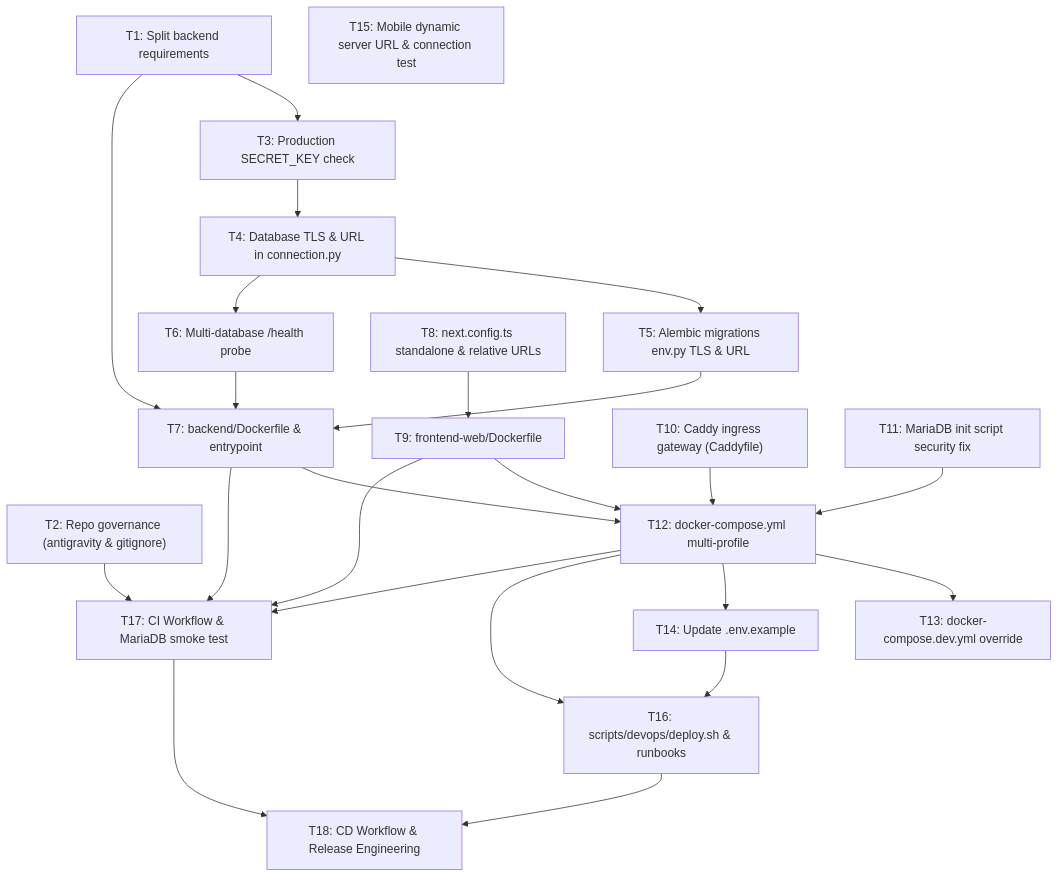
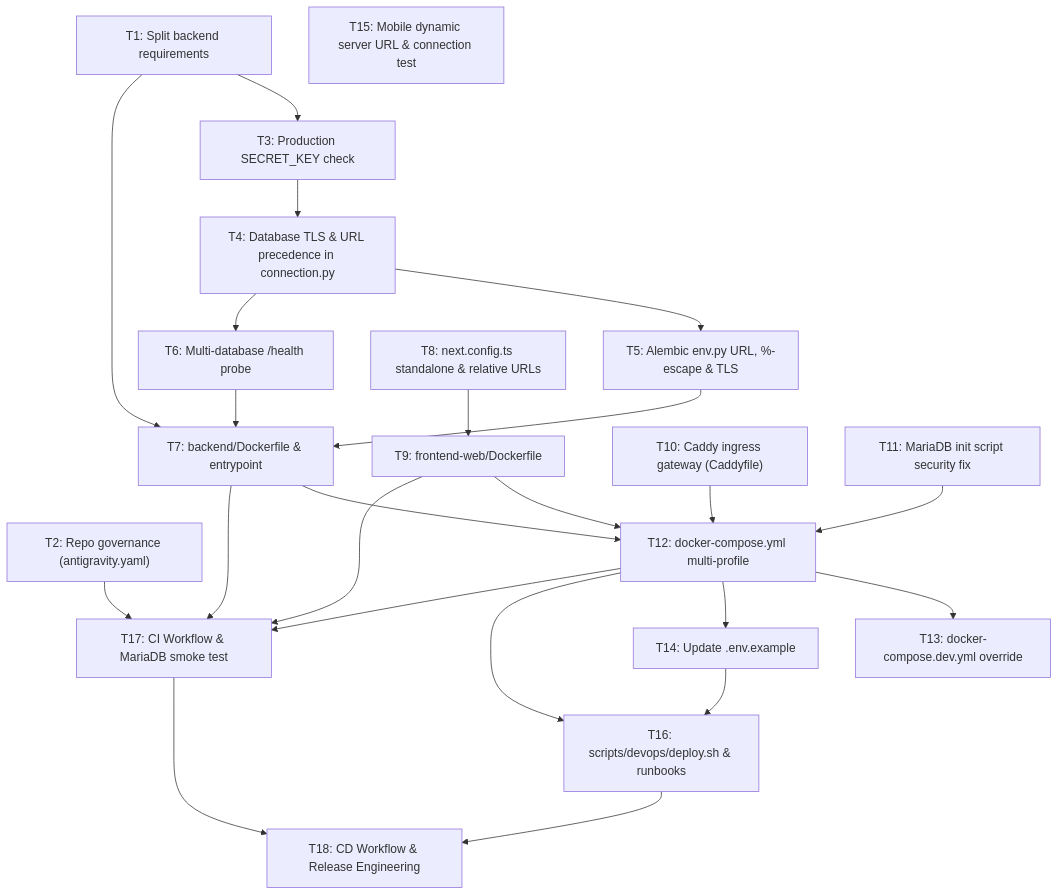
Before and after one commit to StockDepositControl/SaaSStockDepositControl: the diagram in specs/portable-deployment-cicd/tasks.md, drawn with Mermaid. The commit also changed other lines of this file and 2 other files, not shown here.

````diff
--- a/specs/portable-deployment-cicd/tasks.md
+++ b/specs/portable-deployment-cicd/tasks.md
@@ -12,37 +12,37 @@
 ```mermaid
 flowchart TD
     T1["T1: Split backend requirements"] --> T3["T3: Production SECRET_KEY check"]
-    T2["T2: Repo governance (antigravity & gitignore)"]
-    T3 --> T4["T4: Database TLS & URL in connection.py"]
-    T4 --> T5["T5: Alembic migrations env.py TLS & URL"]
+    T2["T2: Repo governance (antigravity.yaml)"]
+    T3 --> T4["T4: Database TLS & URL precedence in connection.py"]
+    T4 --> T5["T5: Alembic env.py URL, %-escape & TLS"]
     T4 --> T6["T6: Multi-database /health probe"]
     T1 --> T7["T7: backend/Dockerfile & entrypoint"]
     T5 --> T7
     T6 --> T7
     
     T8["T8: next.config.ts standalone & relative URLs"] --> T9["T9: frontend-web/Dockerfile"]
     
     T10["T10: Caddy ingress gateway (Caddyfile)"]
     T11["T11: MariaDB init script security fix"]
     
     T7 --> T12["T12: docker-compose.yml multi-profile"]
     T9 --> T12
     T10 --> T12
     T11 --> T12
     
     T12 --> T13["T13: docker-compose.dev.yml override"]
     T12 --> T14["T14: Update .env.example"]
     
     T15["T15: Mobile dynamic server URL & connection test"]
     
     T12 --> T16["T16: scripts/devops/deploy.sh & runbooks"]
     T14 --> T16
     
     T2 --> T17["T17: CI Workflow & MariaDB smoke test"]
     T7 --> T17
     T9 --> T17
     T12 --> T17
     
     T16 --> T18["T18: CD Workflow & Release Engineering"]
     T17 --> T18
 ```
````
